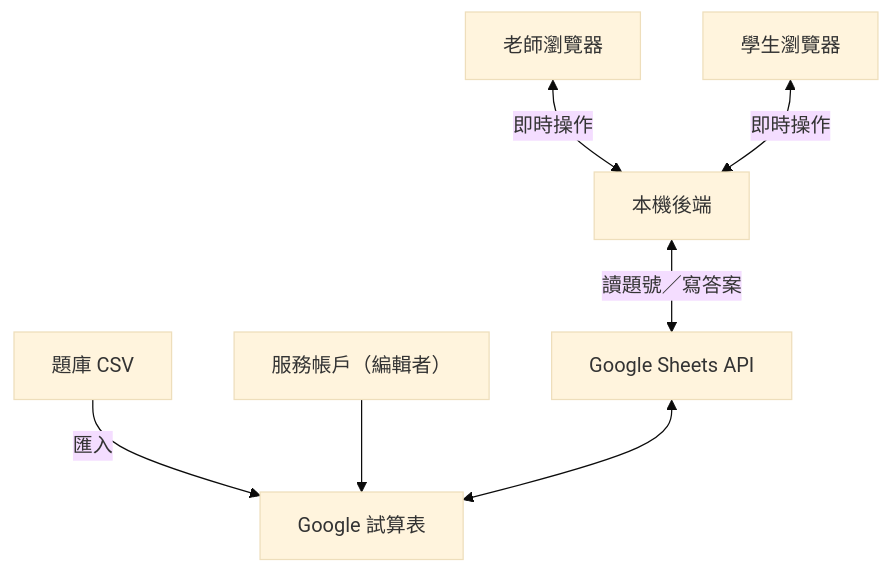
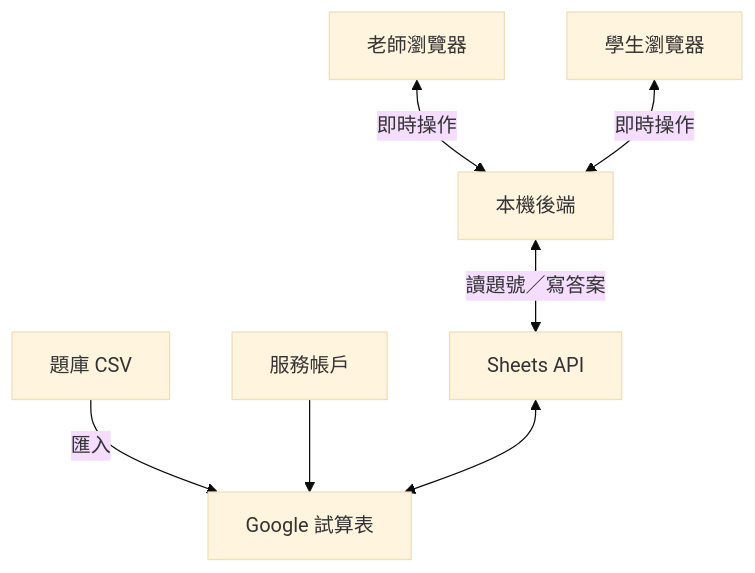
The diagram in README.md (ncuyvonne/speckit-buzzer), drawn with Mermaid (base theme) before and after one commit. The commit also changed other lines of this file, not shown here.

Commit message:
docs: prevent architecture diagram labels from clipping

````diff
--- a/README.md
+++ b/README.md
@@ -9,9 +9,9 @@
 ```mermaid
 flowchart TD
     CSV["題庫 CSV"] -->|匯入| SHEET["Google 試算表"]
-    ACCOUNT["服務帳戶（編輯者）"] --> SHEET
+    ACCOUNT["服務帳戶"] --> SHEET
     TEACHER["老師瀏覽器"] <-->|即時操作| SERVER["本機後端"]
     STUDENT["學生瀏覽器"] <-->|即時操作| SERVER
-    SERVER <-->|讀題號／寫答案| API["Google Sheets API"]
+    SERVER <-->|讀題號／寫答案| API["Sheets API"]
     API <--> SHEET
 ```
````
